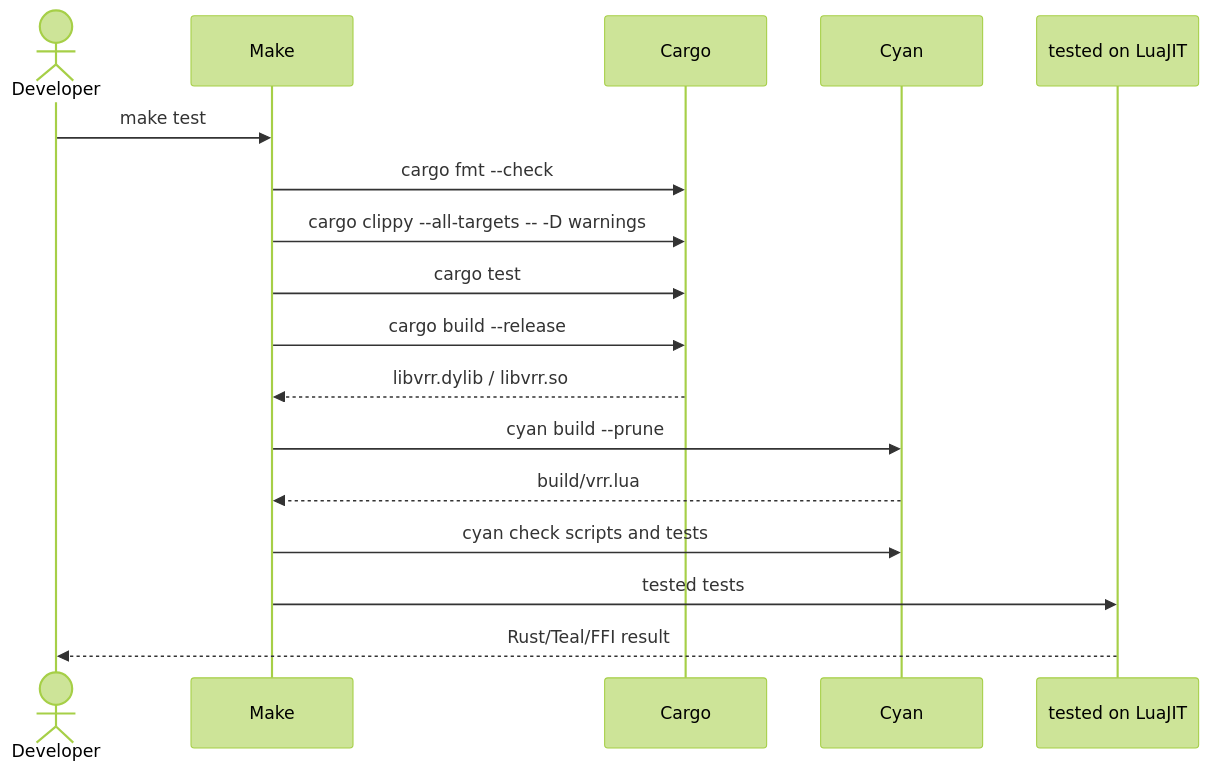
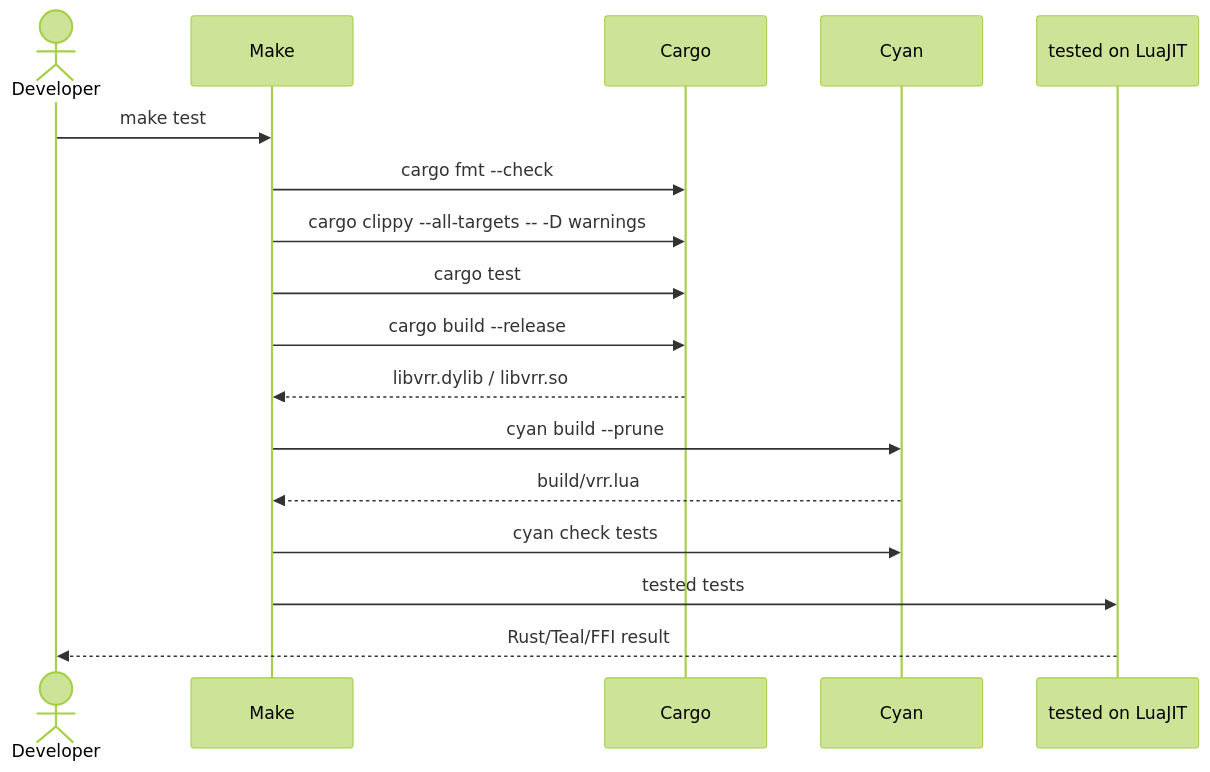
One commit to lua-lunet/lunet-locks changed the diagram in docs/src/build-and-tests.md. Above: the diagram before and after it, drawn with Mermaid (forest theme). The commit also changed other lines of this file and 32 other files, not shown here.

````diff
--- a/docs/src/build-and-tests.md
+++ b/docs/src/build-and-tests.md
@@ -7,20 +7,20 @@
 ```mermaid
 sequenceDiagram
     actor Developer
     participant Make
     participant Cargo
     participant Cyan
     participant Tested as tested on LuaJIT
 
     Developer->>Make: make test
     Make->>Cargo: cargo fmt --check
     Make->>Cargo: cargo clippy --all-targets -- -D warnings
     Make->>Cargo: cargo test
     Make->>Cargo: cargo build --release
     Cargo-->>Make: libvrr.dylib / libvrr.so
     Make->>Cyan: cyan build --prune
     Cyan-->>Make: build/vrr.lua
-    Make->>Cyan: cyan check scripts and tests
+    Make->>Cyan: cyan check tests
     Make->>Tested: tested tests
     Tested-->>Developer: Rust/Teal/FFI result
 ```
````
